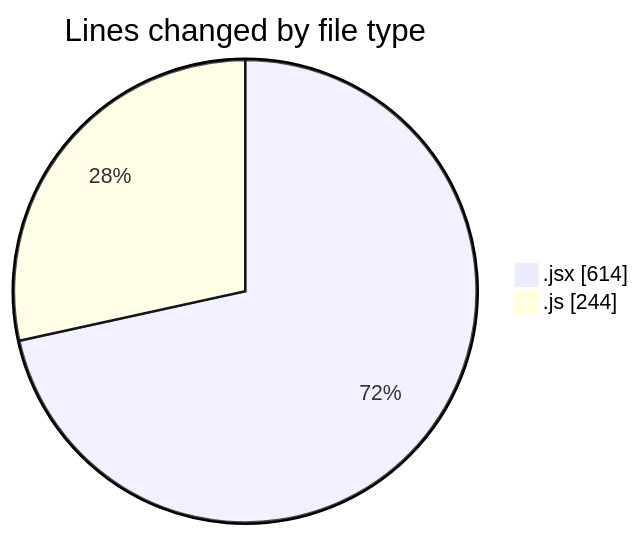
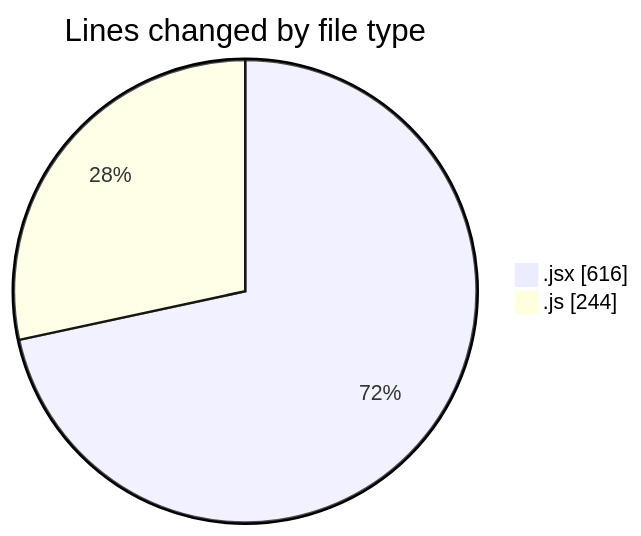
One commit to nxtqubesakshisongat/code-tracking changed the first of 2 diagrams in 2025-07-30/nxtqube_webapp/README.md. Above: the diagram before and after it, drawn with Mermaid. The commit also changed other lines of this file and 1 other file, not shown here.

````diff
--- a/2025-07-30/nxtqube_webapp/README.md
+++ b/2025-07-30/nxtqube_webapp/README.md
@@ -22,6 +22,6 @@
 ```mermaid
 pie showData
 title Lines changed by file type
-".jsx" : 614
+".jsx" : 616
 ".js" : 244
 ```
````
